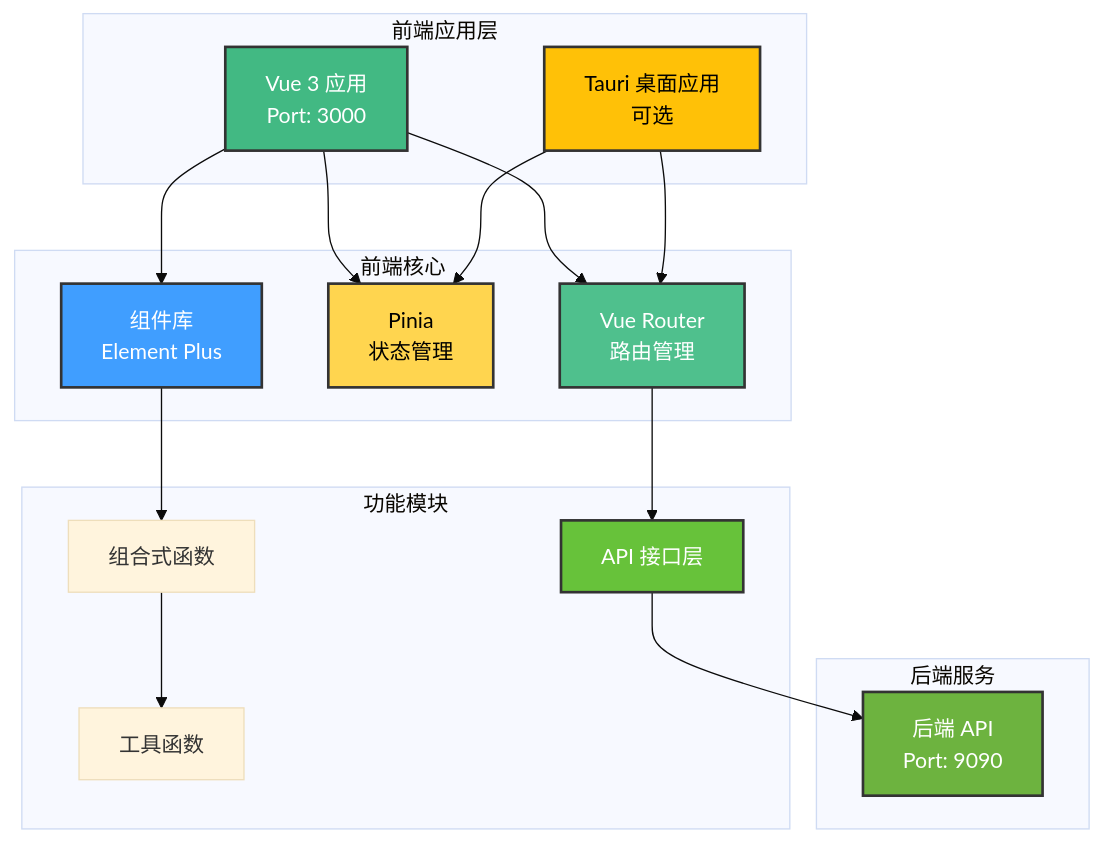
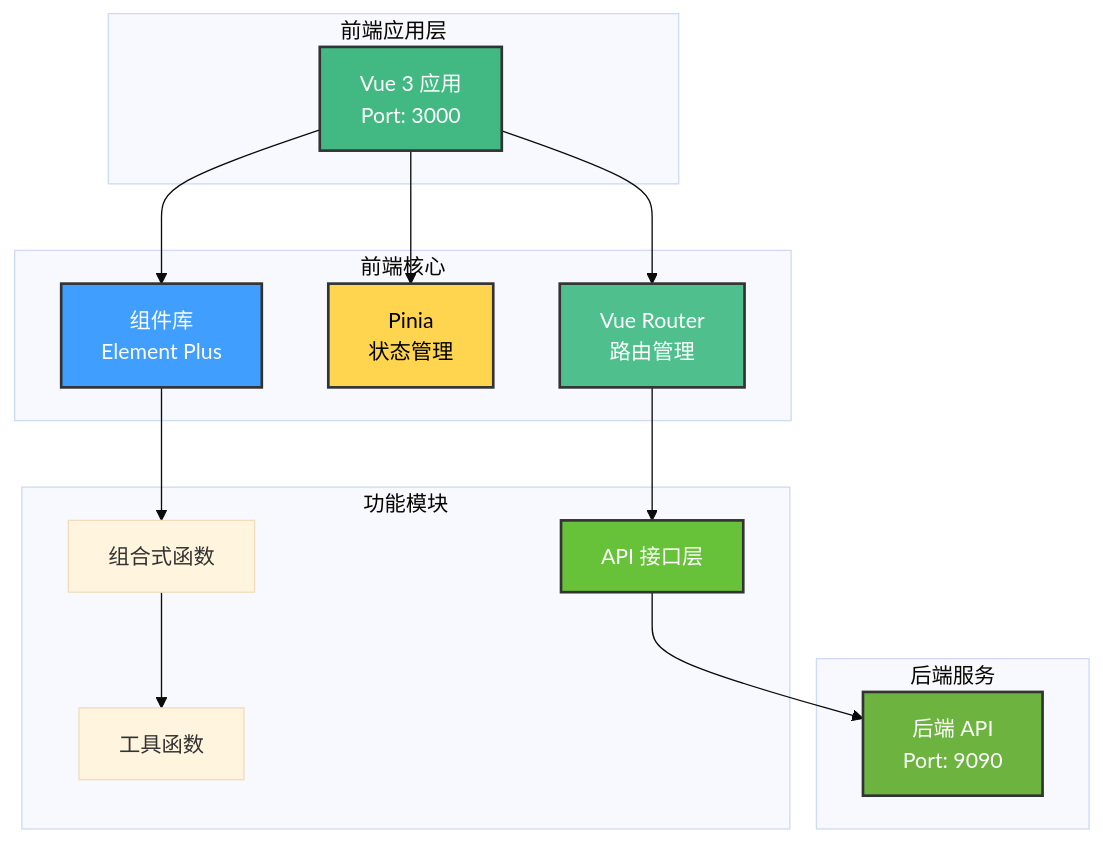
Before and after one commit to NanoAgentCode/DifyApp: the first of 3 diagrams in frontend/README-frontend.md, drawn with Mermaid (base theme). The commit also changed other lines of this file and 28 other files, not shown here.

````diff
--- a/frontend/README-frontend.md
+++ b/frontend/README-frontend.md
@@ -59,41 +55,37 @@
 ```mermaid
 graph TB
     subgraph "前端应用层"
         VueApp[Vue 3 应用<br/>Port: 3000]
-        TauriApp[Tauri 桌面应用<br/>可选]
     end
     
     subgraph "前端核心"
         Router[Vue Router<br/>路由管理]
         Pinia[Pinia<br/>状态管理]
         Components[组件库<br/>Element Plus]
     end
     
     subgraph "功能模块"
         API[API 接口层]
         Composables[组合式函数]
         Utils[工具函数]
     end
     
     subgraph "后端服务"
         Backend[后端 API<br/>Port: 9090]
     end
     
     VueApp --> Router
     VueApp --> Pinia
     VueApp --> Components
-    TauriApp --> Router
-    TauriApp --> Pinia
     Router --> API
     Components --> Composables
     Composables --> Utils
     API --> Backend
     
     style VueApp fill:#42b983,stroke:#333,stroke-width:2px,color:#fff
-    style TauriApp fill:#ffc107,stroke:#333,stroke-width:2px,color:#000
     style Router fill:#4fc08d,stroke:#333,stroke-width:2px,color:#fff
     style Pinia fill:#ffd54f,stroke:#333,stroke-width:2px,color:#000
     style Components fill:#409eff,stroke:#333,stroke-width:2px,color:#fff
     style API fill:#67c23a,stroke:#333,stroke-width:2px,color:#fff
     style Backend fill:#6db33f,stroke:#333,stroke-width:2px,color:#fff
 ```
````
